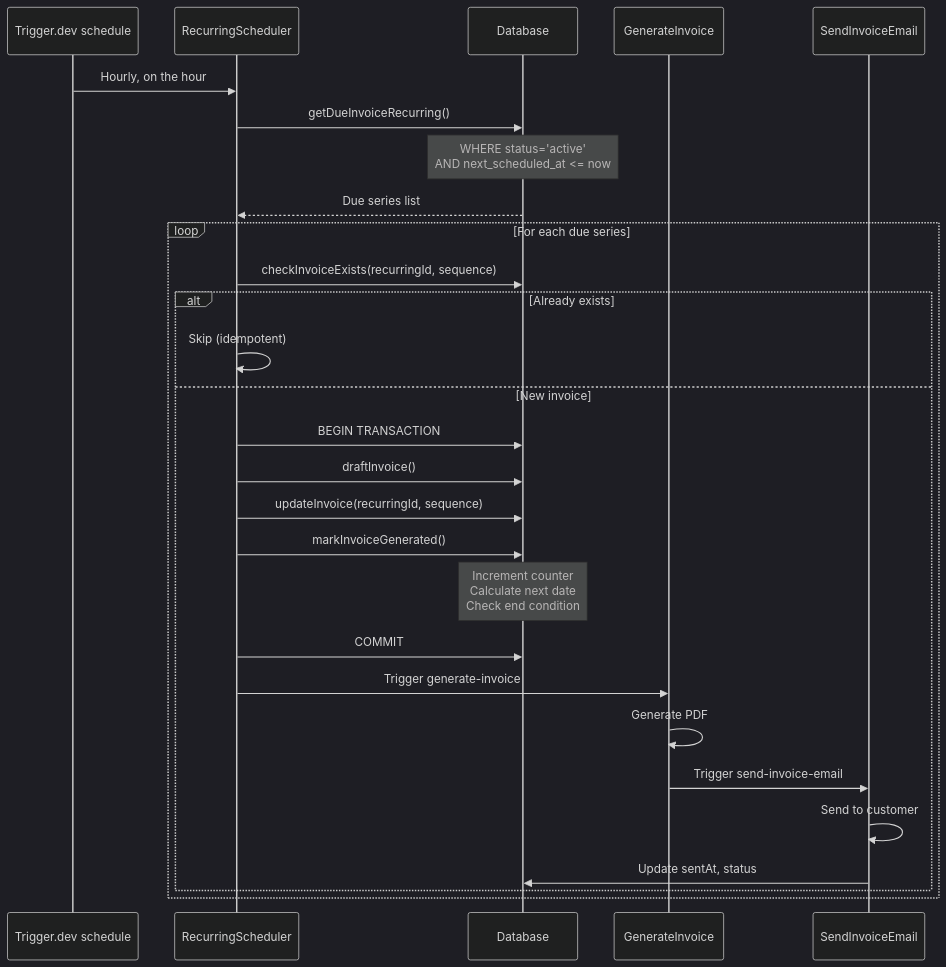
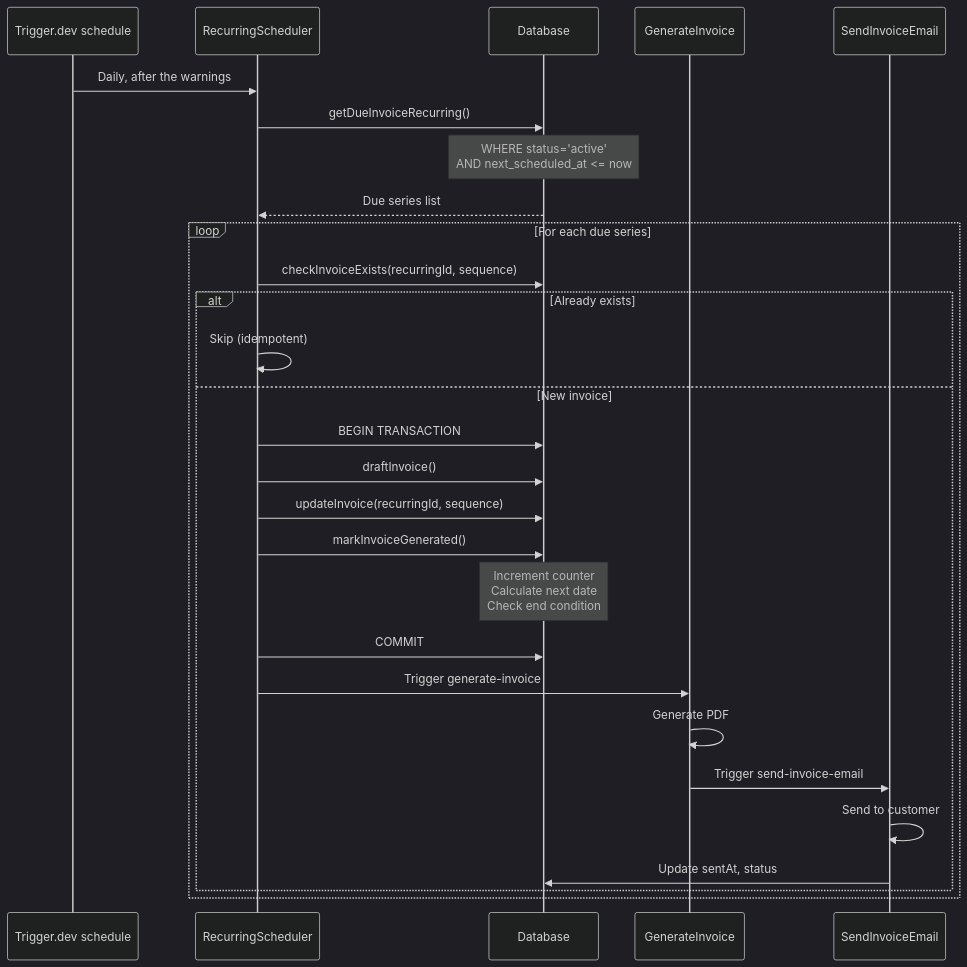
One commit to FredflixBE/midday changed the fourth of 6 diagrams in docs/invoice-recurring.md. Above: the diagram before and after it, drawn with Mermaid (dark theme). The commit also changed other lines of this file and 9 other files, not shown here.

First line of the commit message:
FF-1522: one daily schedule for the recurring-invoice jobs instead of two hourly ones (#86)

````diff
--- a/docs/invoice-recurring.md
+++ b/docs/invoice-recurring.md
@@ -171,34 +175,34 @@
 ```mermaid
 sequenceDiagram
     participant Cron as Trigger.dev schedule
     participant Scheduler as RecurringScheduler
     participant DB as Database
     participant Generator as GenerateInvoice
     participant Email as SendInvoiceEmail
     
-    Cron->>Scheduler: Hourly, on the hour
+    Cron->>Scheduler: Daily, after the warnings
     
     Scheduler->>DB: getDueInvoiceRecurring()
     Note over DB: WHERE status='active'<br/>AND next_scheduled_at <= now
     DB-->>Scheduler: Due series list
     
     loop For each due series
         Scheduler->>DB: checkInvoiceExists(recurringId, sequence)
         alt Already exists
             Scheduler->>Scheduler: Skip (idempotent)
         else New invoice
             Scheduler->>DB: BEGIN TRANSACTION
             Scheduler->>DB: draftInvoice()
             Scheduler->>DB: updateInvoice(recurringId, sequence)
             Scheduler->>DB: markInvoiceGenerated()
             Note over DB: Increment counter<br/>Calculate next date<br/>Check end condition
             Scheduler->>DB: COMMIT
             
             Scheduler->>Generator: Trigger generate-invoice
             Generator->>Generator: Generate PDF
             Generator->>Email: Trigger send-invoice-email
             Email->>Email: Send to customer
             Email->>DB: Update sentAt, status
         end
     end
 ```
````
